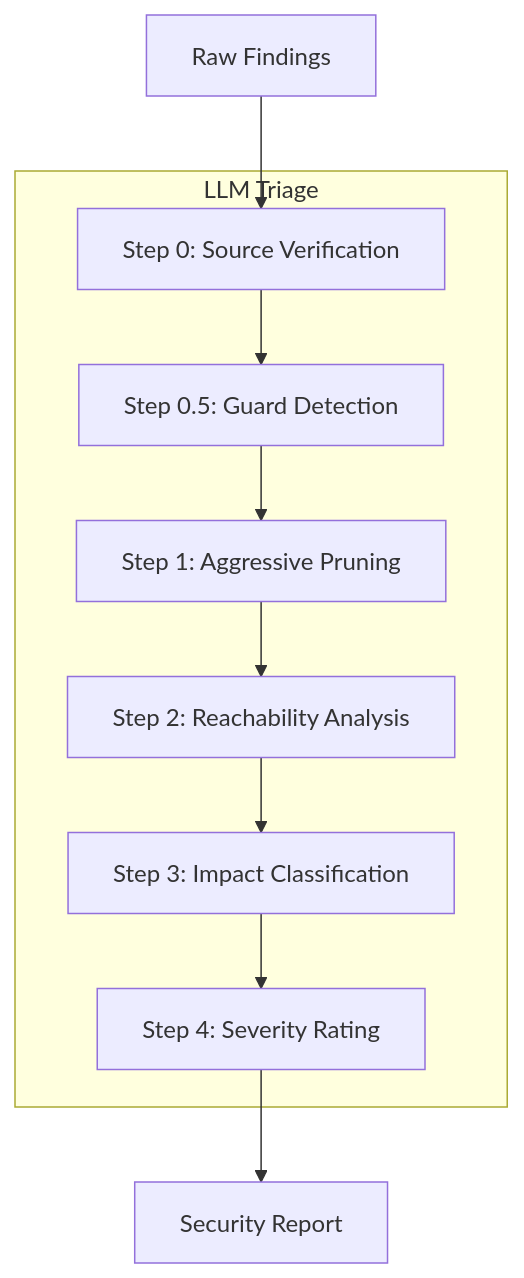
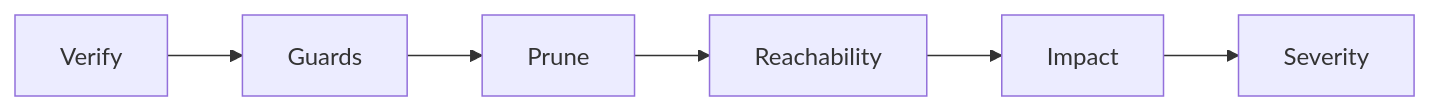
One commit to Opus-the-penguin/Rust-cola changed the second of 2 diagrams in docs/USER_GUIDE.md. Above: the diagram before and after it, drawn with Mermaid. The commit also changed other lines of this file, not shown here.

Commit message:
docs: simplify Mermaid diagrams in USER_GUIDE
- Make both diagrams horizontal (LR)
- Shorten LLM triage step labels
- Remove color styling for plain black/white

````diff
--- a/docs/USER_GUIDE.md
+++ b/docs/USER_GUIDE.md
@@ -38,13 +35,8 @@
 ```mermaid
-flowchart TB
-    subgraph LLM Triage
-        V[Step 0: Source Verification] --> G[Step 0.5: Guard Detection]
-        G --> P[Step 1: Aggressive Pruning]
-        P --> R[Step 2: Reachability Analysis]
-        R --> I[Step 3: Impact Classification]
-        I --> S[Step 4: Severity Rating]
-    end
-    
-    Raw[Raw Findings] --> V
-    S --> Report[Security Report]
+flowchart LR
+    V[Verify] --> G[Guards]
+    G --> P[Prune]
+    P --> R[Reachability]
+    R --> I[Impact]
+    I --> S[Severity]
 ```
````
